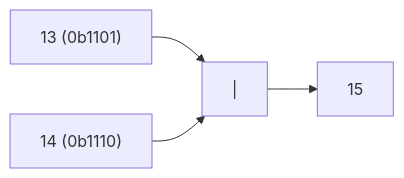
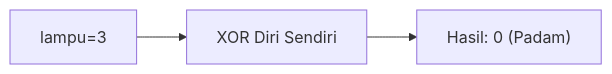
The third of 25 diagrams in part-c-pemahaman-cpp/06-bitwise/latihan/set-12.md (amnahwaida/OSNK_INF_PREP), drawn with Mermaid before and after one commit. The commit also changed other lines of this file and 71 other files, not shown here.

````diff
--- a/part-c-pemahaman-cpp/06-bitwise/latihan/set-12.md
+++ b/part-c-pemahaman-cpp/06-bitwise/latihan/set-12.md
@@ -73,6 +75,5 @@
 ```mermaid
 graph LR
-A["13 (0b1101)"] --> C["|"]
-B["14 (0b1110)"] --> C
-C --> D["15"]
+A["lampu=3"] --> B["XOR Diri Sendiri"]
+B --> C["Hasil: 0 (Padam)"]
 ```
````
